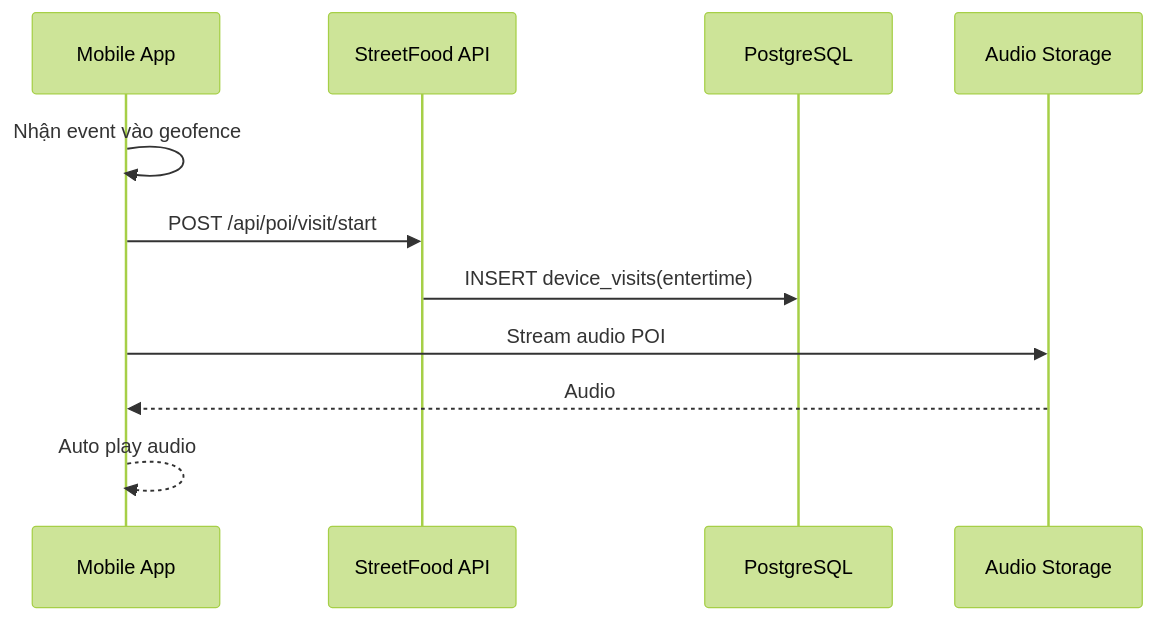
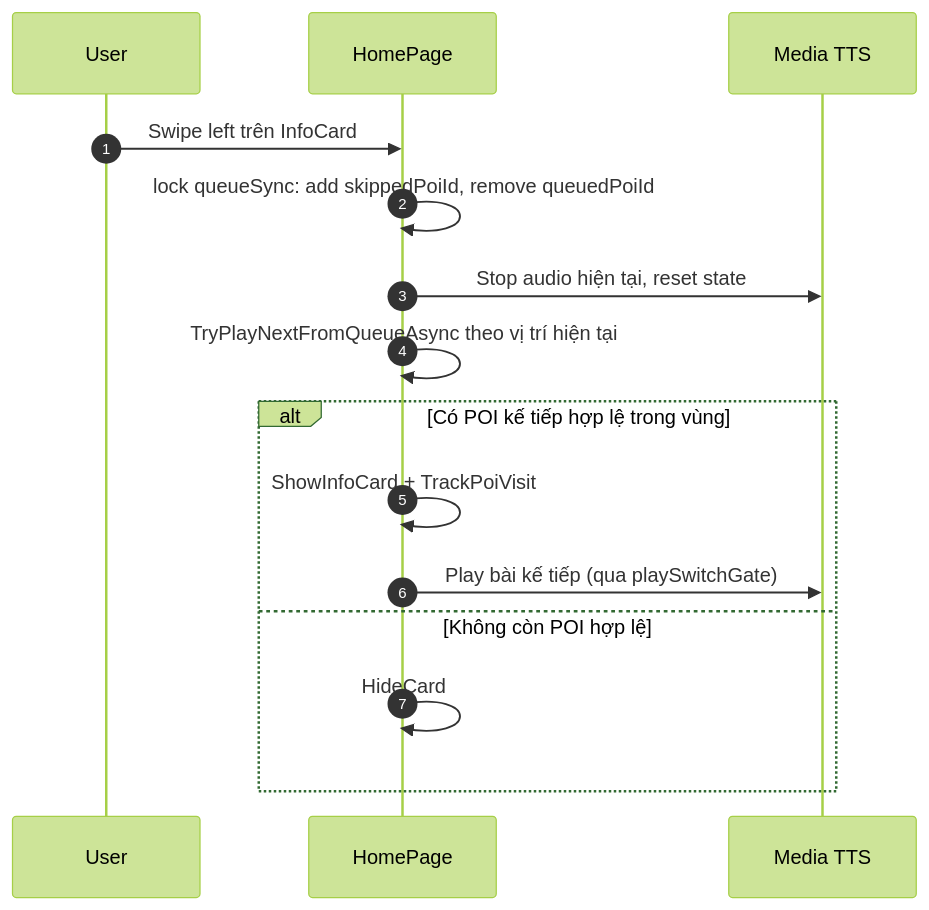
Before and after one commit to NguyenPhuc-Du/StreetFood: diagram 15 of 55 in prd.md, drawn with Mermaid (forest theme). The commit also changed other lines of this file and 8 other files, not shown here.

````diff
--- a/prd.md
+++ b/prd.md
@@ -866,14 +966,17 @@
 ```mermaid
 sequenceDiagram
-    participant M as Mobile App
-    participant API as StreetFood API
-    participant DB as PostgreSQL
-    participant R2 as Audio Storage
-
-    M->>M: Nhận event vào geofence
-    M->>API: POST /api/poi/visit/start
-    API->>DB: INSERT device_visits(entertime)
-    M->>R2: Stream audio POI
-    R2-->>M: Audio
-    M-->>M: Auto play audio
+    autonumber
+    participant U as User
+    participant M as HomePage
+    participant R as Media TTS
+    U->>M: Swipe left trên InfoCard
+    M->>M: lock queueSync: add skippedPoiId, remove queuedPoiId
+    M->>R: Stop audio hiện tại, reset state
+    M->>M: TryPlayNextFromQueueAsync theo vị trí hiện tại
+    alt Có POI kế tiếp hợp lệ trong vùng
+        M->>M: ShowInfoCard + TrackPoiVisit
+        M->>R: Play bài kế tiếp (qua playSwitchGate)
+    else Không còn POI hợp lệ
+        M->>M: HideCard
+    end
 ```
````
